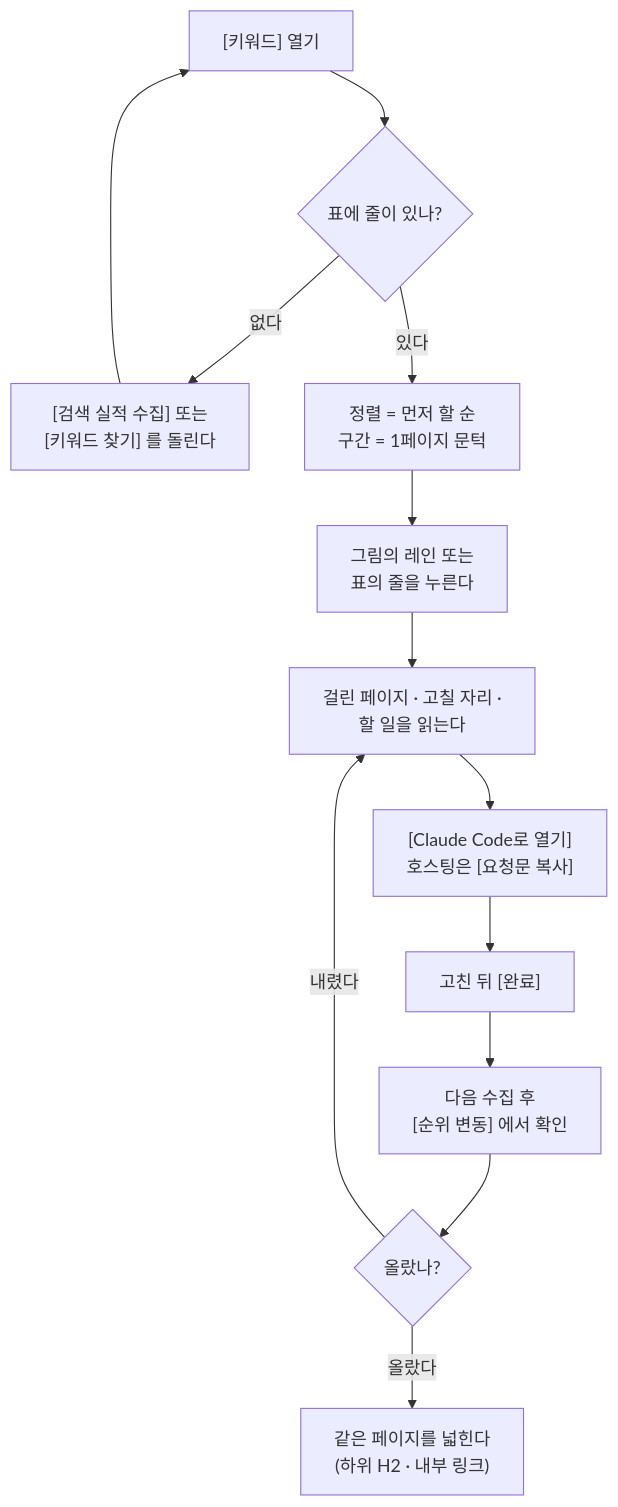
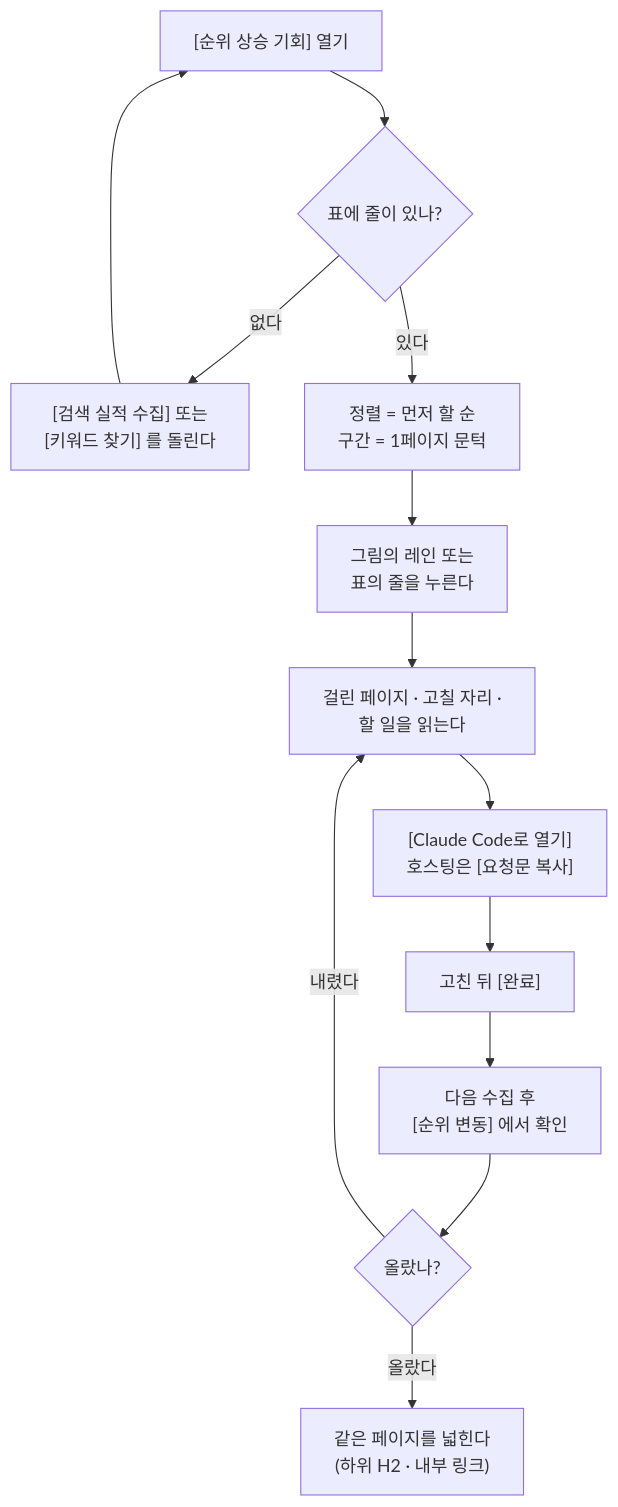
One commit to seanjr2847/seo-miner changed the diagram in docs/screens/keywords.md. Above: the diagram before and after it, drawn with Mermaid. The commit also changed other lines of this file and 49 other files, not shown here.

````diff
--- a/docs/screens/keywords.md
+++ b/docs/screens/keywords.md
@@ -117,15 +117,15 @@
 ```mermaid
 flowchart TD
-  A["[키워드] 열기"] --> B{"표에 줄이 있나?"}
+  A["[순위 상승 기회] 열기"] --> B{"표에 줄이 있나?"}
   B -->|"없다"| C["[검색 실적 수집] 또는<br/>[키워드 찾기] 를 돌린다"]
   C --> A
   B -->|"있다"| D["정렬 = 먼저 할 순<br/>구간 = 1페이지 문턱"]
   D --> E["그림의 레인 또는<br/>표의 줄을 누른다"]
   E --> F["걸린 페이지 · 고칠 자리 ·<br/>할 일을 읽는다"]
   F --> G["[Claude Code로 열기]<br/>호스팅은 [요청문 복사]"]
   G --> H["고친 뒤 [완료]"]
   H --> I["다음 수집 후<br/>[순위 변동] 에서 확인"]
   I --> J{"올랐나?"}
   J -->|"올랐다"| K["같은 페이지를 넓힌다<br/>(하위 H2 · 내부 링크)"]
   J -->|"내렸다"| F
 ```
````
